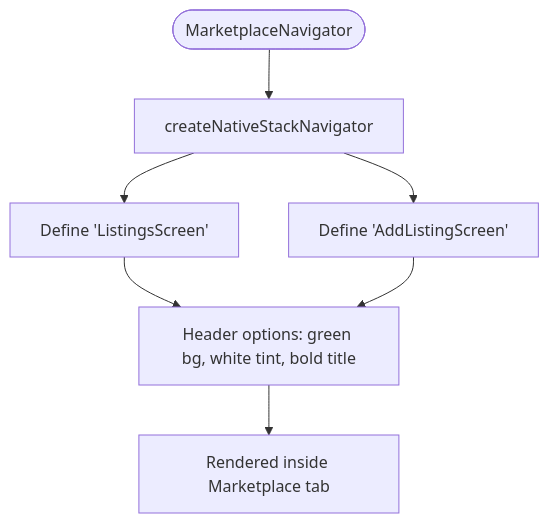
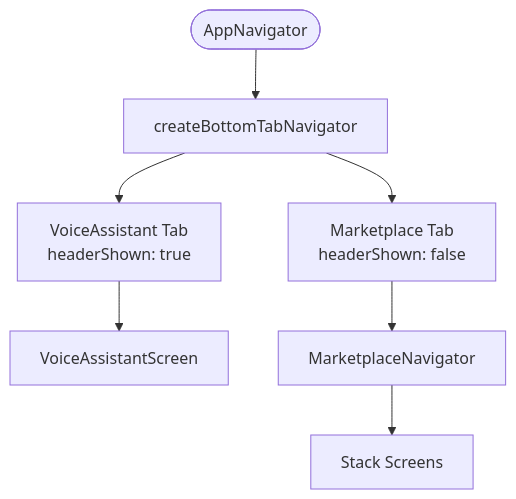
One commit to Aiman-Naeem/KisaanDost_AI_hackathon_Pakistan changed the third of 5 diagrams in .qoder/repowiki/en/content/Marketplace Feature/Marketplace Navigation.md. Above: the diagram before and after it, drawn with Mermaid. The commit also changed other lines of this file and 42 other files, not shown here.

Commit message:
Day 2: farmer identity persistence, voice UX polish, listing detail/edit/call, shared design system, QA pass

````diff
--- a/.qoder/repowiki/en/content/Marketplace Feature/Marketplace Navigation.md
+++ b/.qoder/repowiki/en/content/Marketplace Feature/Marketplace Navigation.md
@@ -113,9 +135,9 @@
 ```mermaid
 flowchart TD
-Start(["MarketplaceNavigator"]) --> Stack["createNativeStackNavigator"]
-Stack --> DefList["Define 'ListingsScreen'"]
-Stack --> DefAdd["Define 'AddListingScreen'"]
-DefList --> Options["Header options: green bg, white tint, bold title"]
-DefAdd --> Options
-Options --> Mount["Rendered inside Marketplace tab"]
+Start(["AppNavigator"]) --> Tab["createBottomTabNavigator"]
+Tab --> VoiceTab["VoiceAssistant Tab<br/>headerShown: true"]
+Tab --> MarketTab["Marketplace Tab<br/>headerShown: false"]
+VoiceTab --> VoiceComp["VoiceAssistantScreen"]
+MarketTab --> MarketStack["MarketplaceNavigator"]
+MarketStack --> StackScreens["Stack Screens"]
 ```
````
